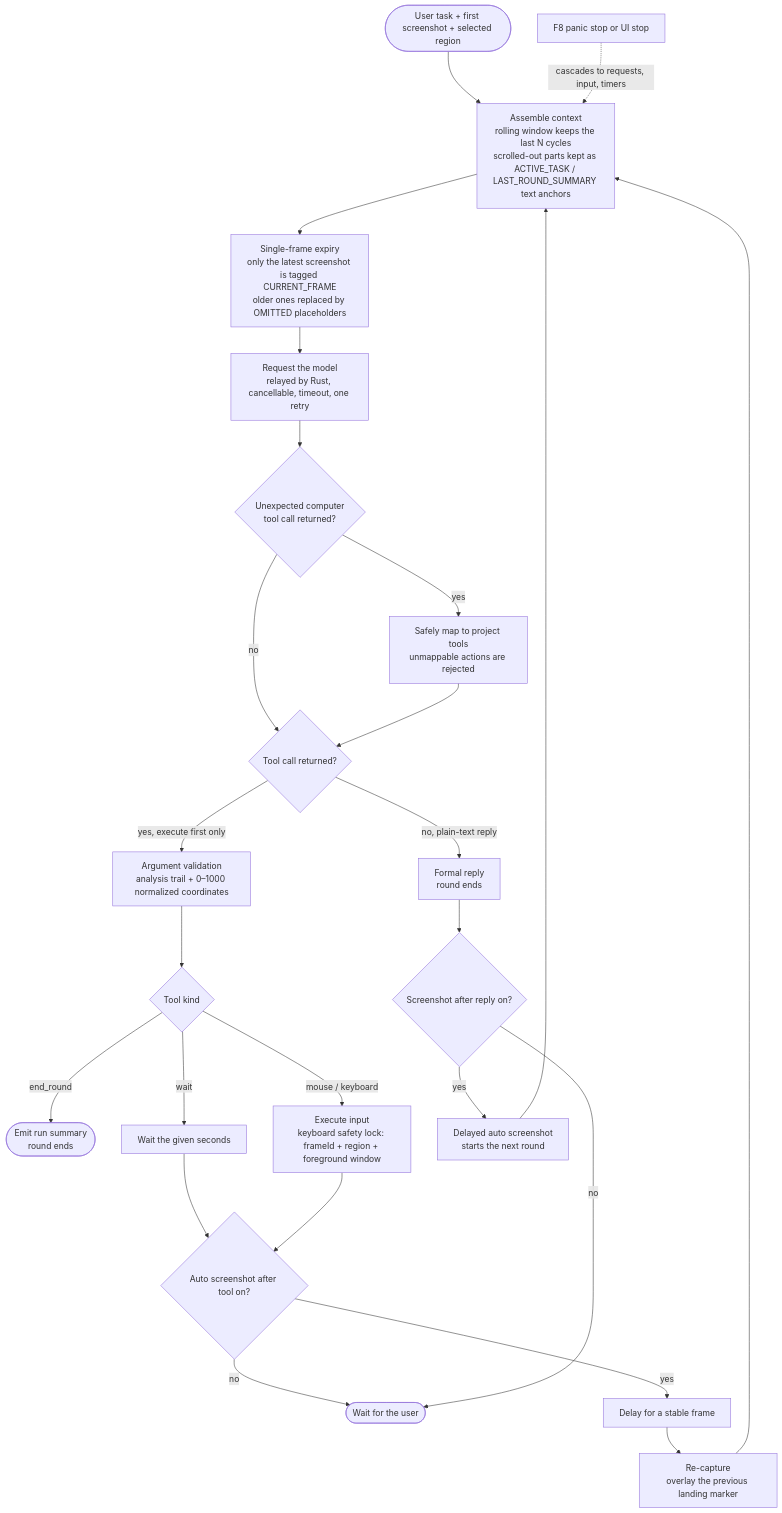
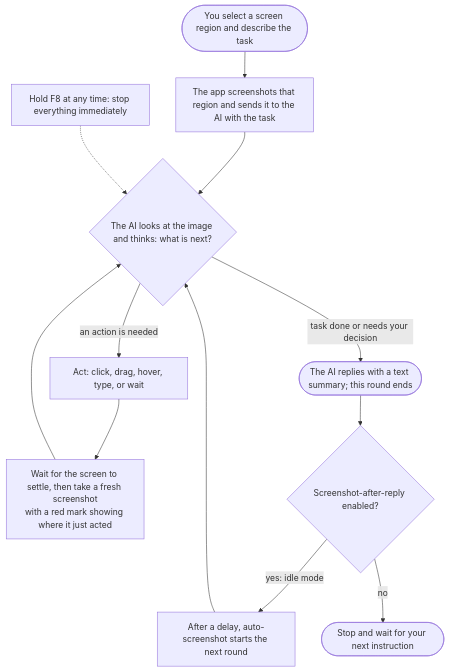
One commit to s11IM/VLM_Screenshot_Action changed the diagram in README.en.md. Above: the diagram before and after it, drawn with Mermaid. The commit also changed other lines of this file and 1 other file, not shown here.

Commit message:
Simplify runtime flow diagram and move architecture before quick start

````diff
--- a/README.en.md
+++ b/README.en.md
@@ -125,27 +63,14 @@
 ```mermaid
 flowchart TD
-    START([User task + first screenshot + selected region]) --> CTX[Assemble context<br/>rolling window keeps the last N cycles<br/>scrolled-out parts kept as ACTIVE_TASK / LAST_ROUND_SUMMARY text anchors]
-    CTX --> EXPIRE[Single-frame expiry<br/>only the latest screenshot is tagged CURRENT_FRAME<br/>older ones replaced by OMITTED placeholders]
-    EXPIRE --> REQ[Request the model<br/>relayed by Rust, cancellable, timeout, one retry]
-    REQ --> ADAPT{Unexpected computer<br/>tool call returned?}
-    ADAPT -- yes --> MAP[Safely map to project tools<br/>unmappable actions are rejected]
-    ADAPT -- no --> HAS{Tool call returned?}
-    MAP --> HAS
-    HAS -- no, plain-text reply --> FINAL[Formal reply<br/>round ends]
-    HAS -- yes, execute first only --> VALID[Argument validation<br/>analysis trail + 0–1000 normalized coordinates]
-    VALID --> KIND{Tool kind}
-    KIND -- end_round --> ENDR([Emit run summary<br/>round ends])
-    KIND -- wait --> WAIT[Wait the given seconds]
-    KIND -- mouse / keyboard --> ACT[Execute input<br/>keyboard safety lock: frameId + region + foreground window]
-    WAIT --> AUTO{Auto screenshot after tool on?}
-    ACT --> AUTO
-    AUTO -- no --> USER([Wait for the user])
-    AUTO -- yes --> STAB[Delay for a stable frame]
-    STAB --> CAP[Re-capture<br/>overlay the previous landing marker]
-    CAP --> CTX
-    FINAL --> LOOP{Screenshot after reply on?}
-    LOOP -- yes --> TIMER[Delayed auto screenshot<br/>starts the next round]
-    TIMER --> CTX
-    LOOP -- no --> USER
-    STOP[F8 panic stop or UI stop] -.cascades to requests, input, timers.-> CTX
+    A([You select a screen region and describe the task]) --> B[The app screenshots that region and sends it to the AI with the task]
+    B --> C{The AI looks at the image and thinks: what is next?}
+    C -- an action is needed --> D[Act: click, drag, hover, type, or wait]
+    D --> E[Wait for the screen to settle, then take a fresh screenshot<br/>with a red mark showing where it just acted]
+    E --> C
+    C -- task done or needs your decision --> F([The AI replies with a text summary; this round ends])
+    F --> G{Screenshot-after-reply enabled?}
+    G -- yes: idle mode --> H[After a delay, auto-screenshot starts the next round]
+    H --> C
+    G -- no --> I([Stop and wait for your next instruction])
+    J[Hold F8 at any time: stop everything immediately] -.-> C
 ```
````
